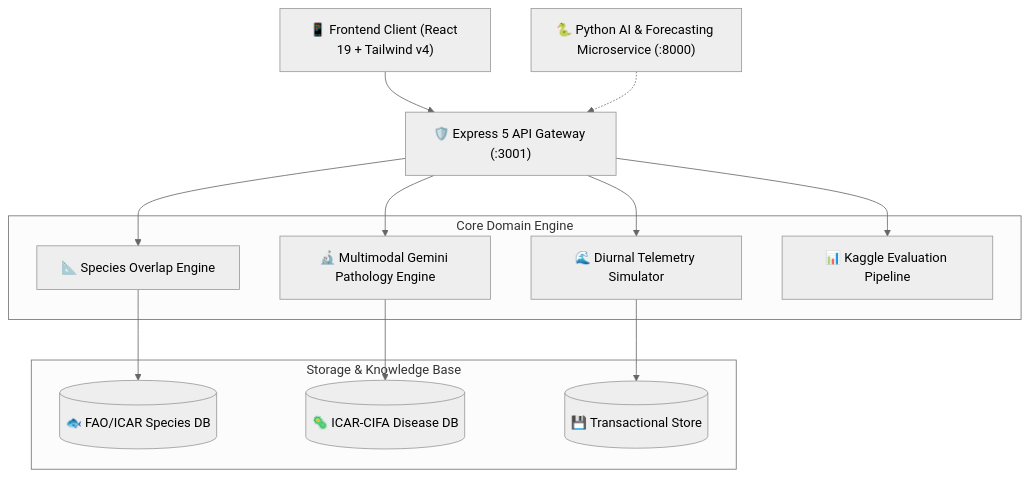
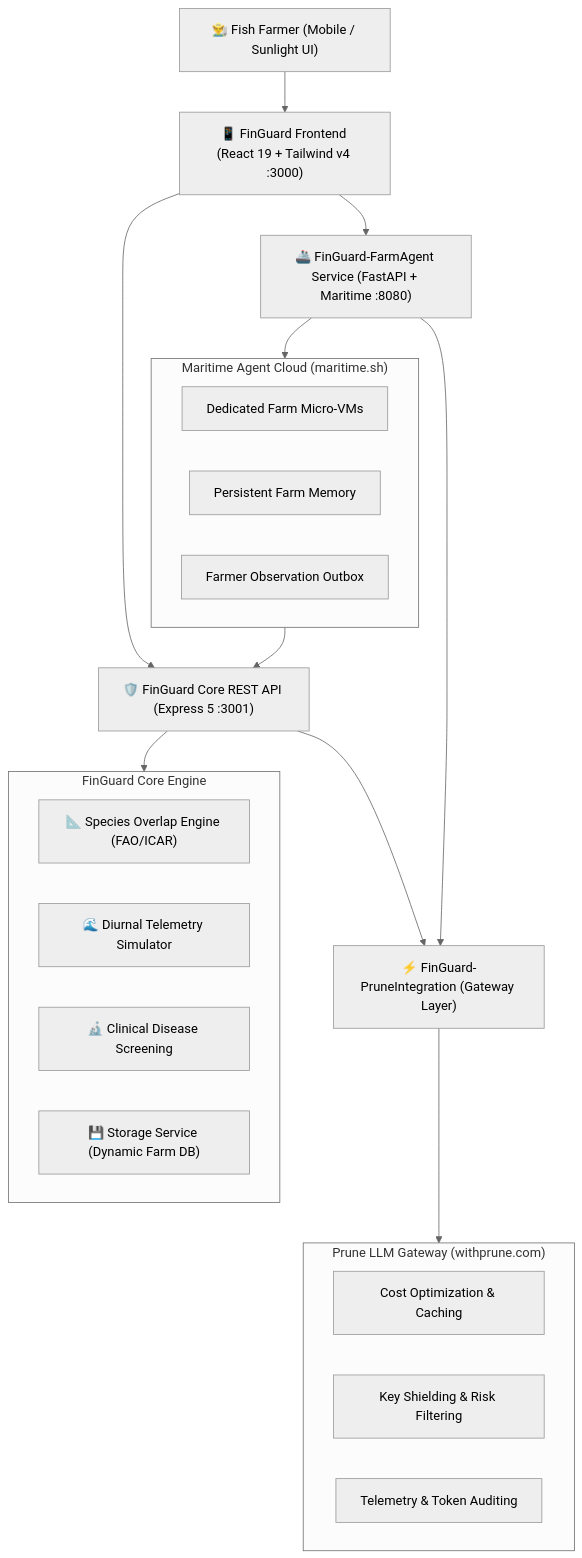
One commit to harshitag20/FinGuard changed the diagram in README.md. Above: the diagram before and after it, drawn with Mermaid (neutral theme). The commit also changed other lines of this file and 30 other files, not shown here.

Commit message:
feat: integrate Maritime agents, Prune gateway routing, mobile-first farmer UI, and comprehensive README

````diff
--- a/README.md
+++ b/README.md
@@ -33,30 +115,39 @@
 ```mermaid
 graph TD
-    Client["📱 Frontend Client (React 19 + Tailwind v4)"]
-    Gateway["🛡️ Express 5 API Gateway (:3001)"]
-    PythonAI["🐍 Python AI & Forecasting Microservice (:8000)"]
-    
-    subgraph Services["Core Domain Engine"]
-        Overlap["📐 Species Overlap Engine"]
-        Sim["🌊 Diurnal Telemetry Simulator"]
-        AI["🔬 Multimodal Gemini Pathology Engine"]
-        Kaggle["📊 Kaggle Evaluation Pipeline"]
-    end
-    
-    subgraph DataLayer["Storage & Knowledge Base"]
-        SpeciesDB[("🐟 FAO/ICAR Species DB")]
-        DiseaseDB[("🦠 ICAR-CIFA Disease DB")]
-        Store[("💾 Transactional Store")]
+    User["👨‍🌾 Fish Farmer (Mobile / Sunlight UI)"]
+    Frontend["📱 FinGuard Frontend (React 19 + Tailwind v4 :3000)"]
+    CoreBackend["🛡️ FinGuard Core REST API (Express 5 :3001)"]
+    FarmAgent["🚢 FinGuard-FarmAgent Service (FastAPI + Maritime :8080)"]
+    PruneLayer["⚡ FinGuard-PruneIntegration (Gateway Layer)"]
+
+    subgraph CoreEngine["FinGuard Core Engine"]
+        Overlap["📐 Species Overlap Engine (FAO/ICAR)"]
+        Simulator["🌊 Diurnal Telemetry Simulator"]
+        Pathology["🔬 Clinical Disease Screening"]
+        Storage["💾 Storage Service (Dynamic Farm DB)"]
     end
 
-    Client --> Gateway
-    Gateway --> Overlap
-    Gateway --> Sim
-    Gateway --> AI
-    Gateway --> Kaggle
-    PythonAI -.-> Gateway
+    subgraph MaritimeCloud["Maritime Agent Cloud (maritime.sh)"]
+        MHost["Dedicated Farm Micro-VMs"]
+        Memory["Persistent Farm Memory"]
+        Journal["Farmer Observation Outbox"]
+    end
 
-    Overlap --> SpeciesDB
-    AI --> DiseaseDB
-    Sim --> Store
+    subgraph PruneGateway["Prune LLM Gateway (withprune.com)"]
+        CostControl["Cost Optimization & Caching"]
+        Security["Key Shielding & Risk Filtering"]
+        Receipts["Telemetry & Token Auditing"]
+    end
+
+    User --> Frontend
+    Frontend --> CoreBackend
+    Frontend --> FarmAgent
+
+    CoreBackend --> CoreEngine
+    CoreBackend --> PruneLayer
+    FarmAgent --> PruneLayer
+    FarmAgent --> MaritimeCloud
+
+    PruneLayer --> PruneGateway
+    MaritimeCloud --> CoreBackend
 ```
````
